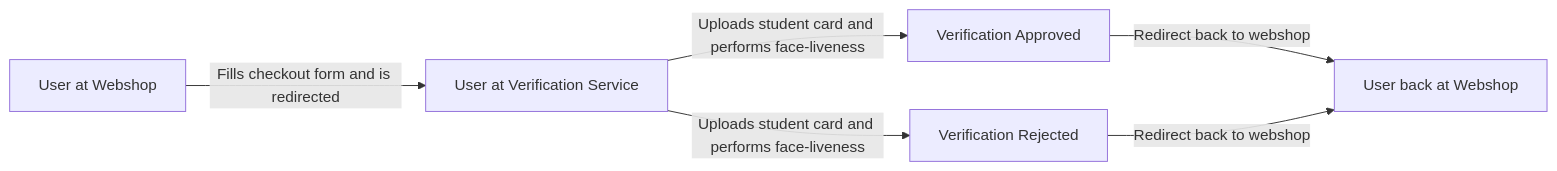
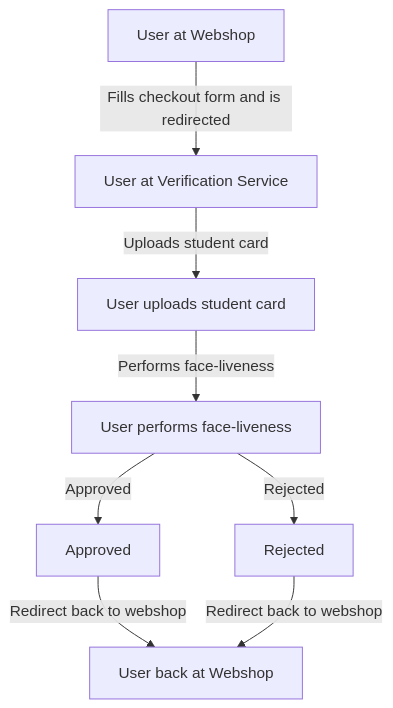
The diagram in docs/DESIGN.md (pierre-jezegou/kys), drawn with Mermaid before and after one commit.

Commit message:
Change flowchart direction

````diff
--- a/docs/DESIGN.md
+++ b/docs/DESIGN.md
@@ -18,14 +18,18 @@
 ```mermaid
-flowchart LR
+flowchart TB
     userAtWebshop[User at Webshop]
     userAtVerificationService[User at Verification Service]
-    approved[Verification Approved]
-    rejected[Verification Rejected]
+    userUploadsStudentCard[User uploads student card]
+    userPerformsFaceLiveness[User performs face-liveness]
+    approved[Approved]
+    rejected[Rejected]
     userBackAtWebshop[User back at Webshop]
 
     userAtWebshop -->|Fills checkout form and is redirected| userAtVerificationService
-    userAtVerificationService -->|Uploads student card and performs face-liveness| approved
-    userAtVerificationService -->|Uploads student card and performs face-liveness| rejected
+    userAtVerificationService -->|Uploads student card| userUploadsStudentCard
+    userUploadsStudentCard -->|Performs face-liveness| userPerformsFaceLiveness
+    userPerformsFaceLiveness -->|Approved| approved
+    userPerformsFaceLiveness -->|Rejected| rejected
     approved -->|Redirect back to webshop| userBackAtWebshop
     rejected -->|Redirect back to webshop| userBackAtWebshop
 ```
````
